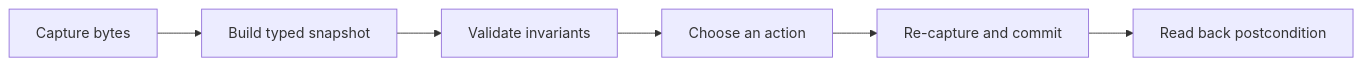
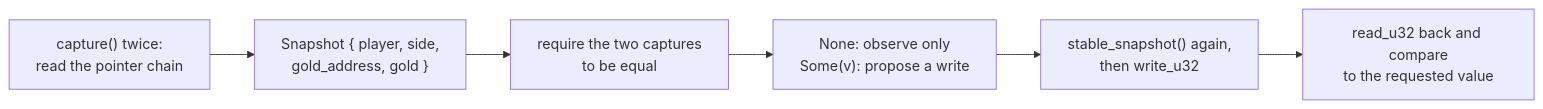
The first of 2 diagrams in _pages/04-game-state-automation/02-build-a-stable-snapshot-and-guarded-action-pipeline.md (MustCodeAl/rust-game-hacking-book), drawn with Mermaid before and after one commit. The commit also changed other lines of this file and 52 other files, not shown here.

First line of the commit message:
Add figures and diagrams across Chapters 3 to 13

````diff
--- a/_pages/04-game-state-automation/02-build-a-stable-snapshot-and-guarded-action-pipeline.md
+++ b/_pages/04-game-state-automation/02-build-a-stable-snapshot-and-guarded-action-pipeline.md
@@ -26,8 +26,8 @@
 ```mermaid
 flowchart LR
-    A["Capture bytes"] --> B["Build typed snapshot"]
-    B --> C["Validate invariants"]
-    C --> D["Choose an action"]
-    D --> E["Re-capture and commit"]
-    E --> F["Read back postcondition"]
+    A["capture() twice:<br/>read the pointer chain"] --> B["Snapshot { player, side,<br/>gold_address, gold }"]
+    B --> C["require the two captures<br/>to be equal"]
+    C --> D["None: observe only<br/>Some(v): propose a write"]
+    D --> E["stable_snapshot() again,<br/>then write_u32"]
+    E --> F["read_u32 back and compare<br/>to the requested value"]
 ```
````
